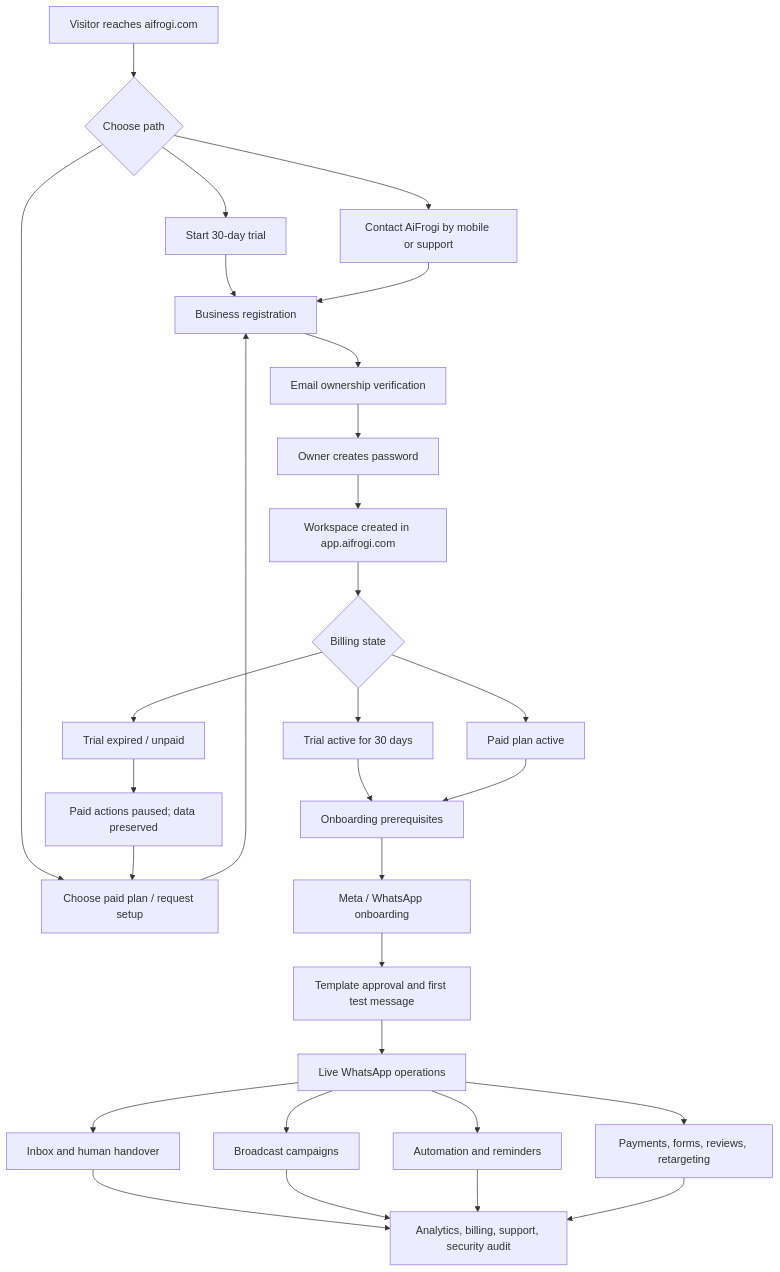
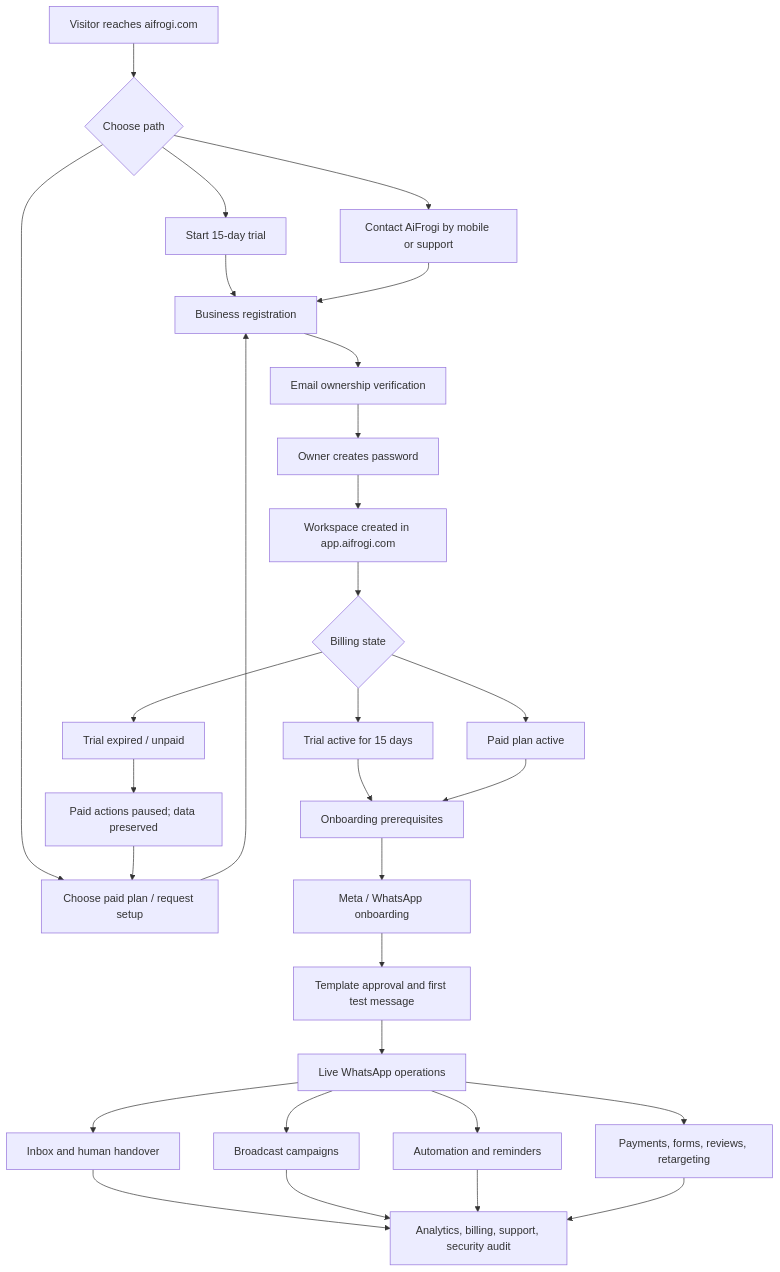
One commit to asavaristays/aifrogi changed the second of 10 diagrams in docs/aifrogi-full-project-guidebook.md. Above: the diagram before and after it, drawn with Mermaid. The commit also changed other lines of this file and 17 other files, not shown here.

````diff
--- a/docs/aifrogi-full-project-guidebook.md
+++ b/docs/aifrogi-full-project-guidebook.md
@@ -72,40 +72,40 @@
 ```mermaid
 flowchart TD
   A["Visitor reaches aifrogi.com"] --> B{"Choose path"}
 
-  B --> C["Start 30-day trial"]
+  B --> C["Start 15-day trial"]
   B --> D["Choose paid plan / request setup"]
   B --> E["Contact AiFrogi by mobile or support"]
 
   C --> F["Business registration"]
   D --> F
   E --> F
 
   F --> G["Email ownership verification"]
   G --> H["Owner creates password"]
   H --> I["Workspace created in app.aifrogi.com"]
 
   I --> J{"Billing state"}
-  J --> K["Trial active for 30 days"]
+  J --> K["Trial active for 15 days"]
   J --> L["Paid plan active"]
   J --> M["Trial expired / unpaid"]
 
   K --> N["Onboarding prerequisites"]
   L --> N
   M --> M1["Paid actions paused; data preserved"]
   M1 --> D
 
   N --> O["Meta / WhatsApp onboarding"]
   O --> P["Template approval and first test message"]
   P --> Q["Live WhatsApp operations"]
 
   Q --> R["Inbox and human handover"]
   Q --> S["Broadcast campaigns"]
   Q --> T["Automation and reminders"]
   Q --> U["Payments, forms, reviews, retargeting"]
 
   R --> V["Analytics, billing, support, security audit"]
   S --> V
   T --> V
   U --> V
 ```
````
